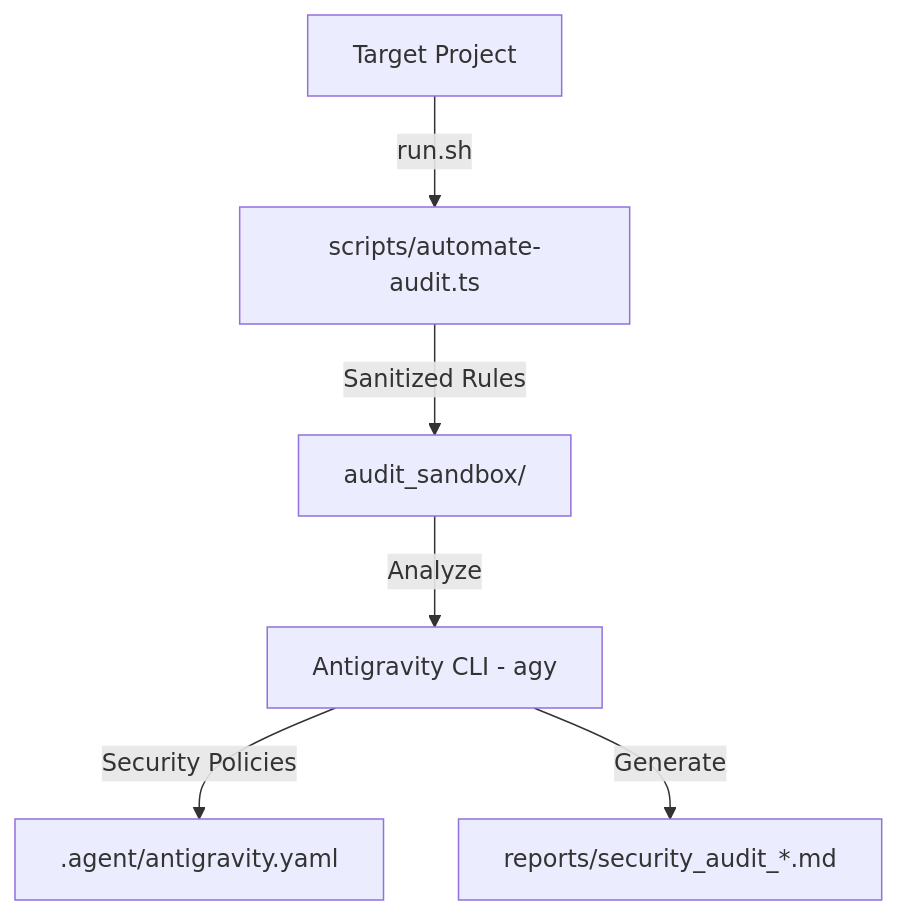
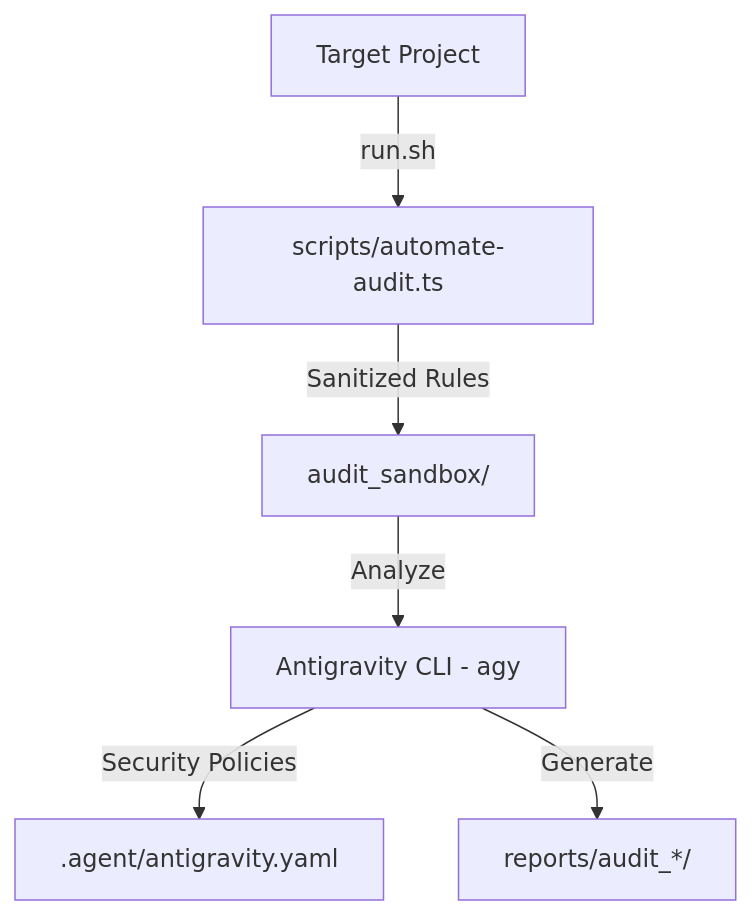
One commit to lperezp/firebase-rules-agent changed the diagram in README.md. Above: the diagram before and after it, drawn with Mermaid. The commit also changed other lines of this file and 2 other files, not shown here.

Commit message:
refactor: transition from single file reports to timestamped audit directories and update documentation paths to be relative

````diff
--- a/README.md
+++ b/README.md
@@ -11,8 +11,8 @@
 ```mermaid
 graph TD
     A[Target Project] -->|run.sh| B[scripts/automate-audit.ts]
     B -->|Sanitized Rules| C[audit_sandbox/]
     C -->|Analyze| D[Antigravity CLI - agy]
     D -->|Security Policies| E[.agent/antigravity.yaml]
-    D -->|Generate| F[reports/security_audit_*.md]
+    D -->|Generate| F[reports/audit_*/]
 ```
````
